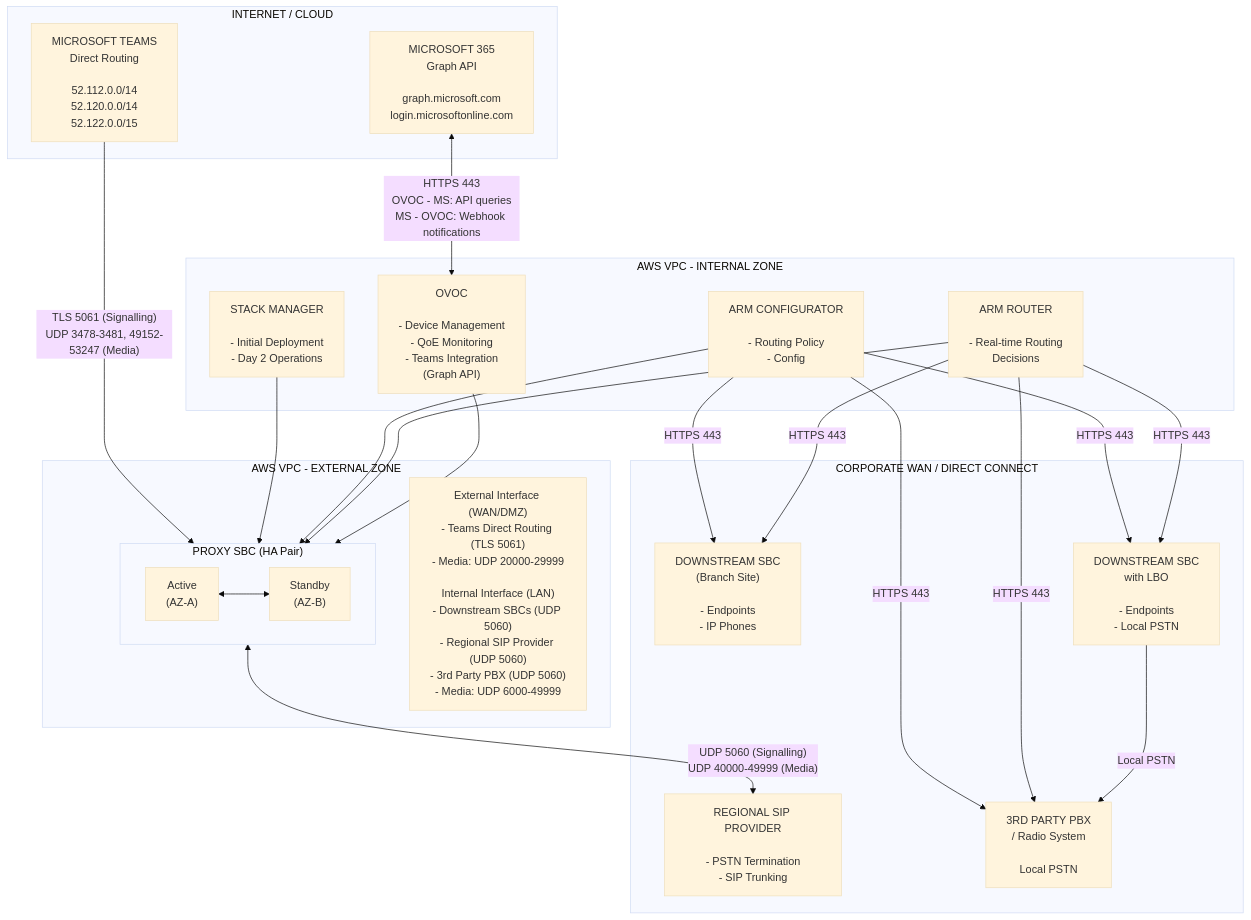
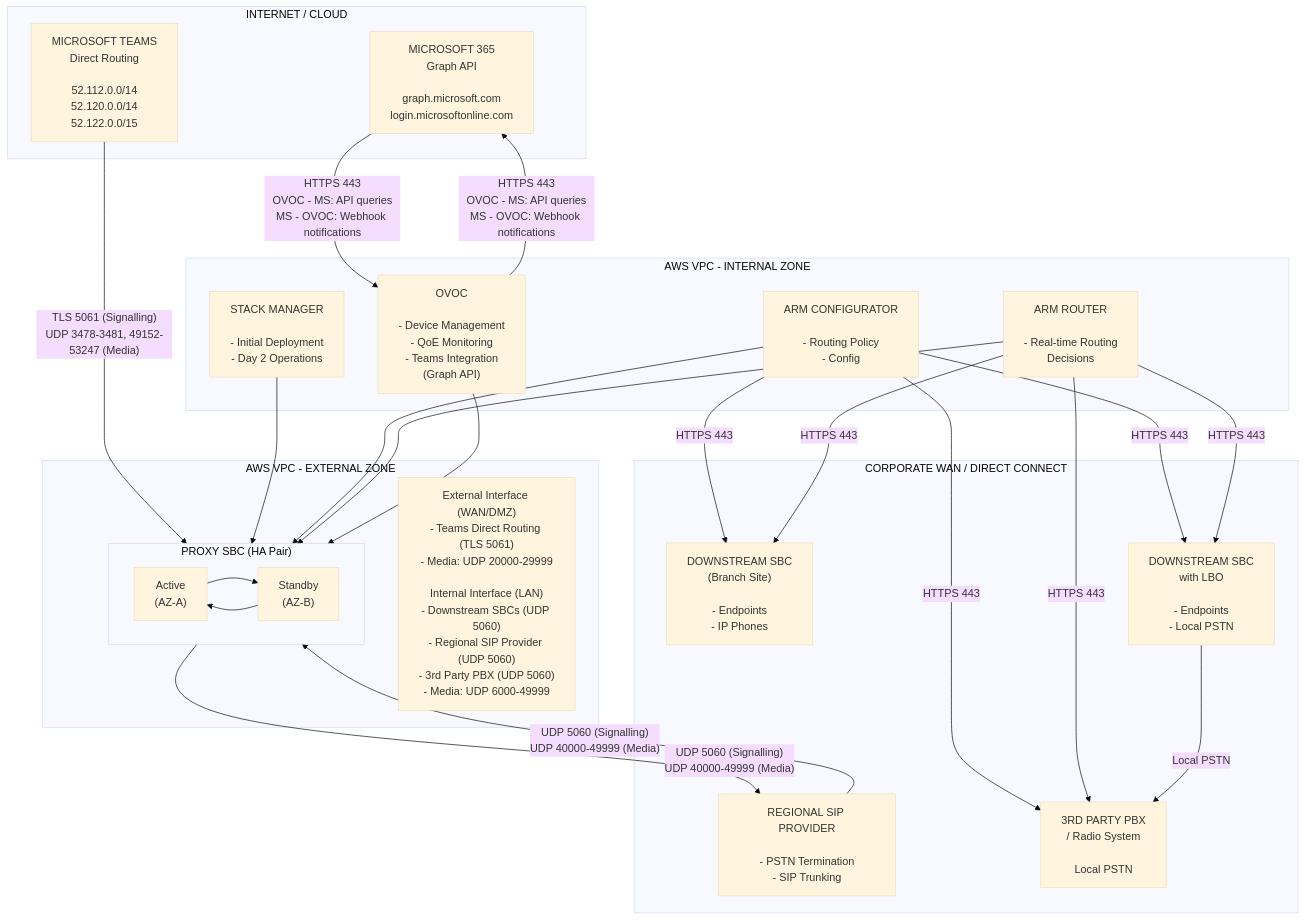
Diagram 12 of 26 in AudioCodes-AWS-Deployment-Guide.md (kevinsing999/public), drawn with Mermaid (base theme) before and after one commit. The commit also changed other lines of this file and 4 other files, not shown here.

First line of the commit message:
Fix GitHub mermaid rendering: replace unsupported syntax across 20 diagrams

````diff
--- a/AudioCodes-AWS-Deployment-Guide.md
+++ b/AudioCodes-AWS-Deployment-Guide.md
@@ -3290,49 +3295,52 @@
 ```mermaid
 flowchart TB
     subgraph Internet["INTERNET / CLOUD"]
         Teams["MICROSOFT TEAMS<br/>Direct Routing<br/><br/>52.112.0.0/14<br/>52.120.0.0/14<br/>52.122.0.0/15"]
         M365["MICROSOFT 365<br/>Graph API<br/><br/>graph.microsoft.com<br/>login.microsoftonline.com"]
     end
 
     subgraph ExternalZone["AWS VPC - EXTERNAL ZONE"]
         subgraph ProxySBC["PROXY SBC (HA Pair)"]
             Active["Active<br/>(AZ-A)"]
             Standby["Standby<br/>(AZ-B)"]
-            Active <--> Standby
+            Active --> Standby
+            Standby --> Active
         end
         ProxySBCInfo["External Interface (WAN/DMZ)<br/>- Teams Direct Routing (TLS 5061)<br/>- Media: UDP 20000-29999<br/><br/>Internal Interface (LAN)<br/>- Downstream SBCs (UDP 5060)<br/>- Regional SIP Provider (UDP 5060)<br/>- 3rd Party PBX (UDP 5060)<br/>- Media: UDP 6000-49999"]
     end
 
     subgraph InternalZone["AWS VPC - INTERNAL ZONE"]
         StackMgr["STACK MANAGER<br/><br/>- Initial Deployment<br/>- Day 2 Operations"]
         ARMConfig["ARM CONFIGURATOR<br/><br/>- Routing Policy<br/>- Config"]
         ARMRouter["ARM ROUTER<br/><br/>- Real-time Routing<br/>  Decisions"]
         OVOC["OVOC<br/><br/>- Device Management<br/>- QoE Monitoring<br/>- Teams Integration<br/>  (Graph API)"]
     end
 
     subgraph CorpWAN["CORPORATE WAN / DIRECT CONNECT"]
         SIPProvider["REGIONAL SIP PROVIDER<br/><br/>- PSTN Termination<br/>- SIP Trunking"]
         DownstreamSBC1["DOWNSTREAM SBC<br/>(Branch Site)<br/><br/>- Endpoints<br/>- IP Phones"]
         DownstreamSBC2["DOWNSTREAM SBC<br/>with LBO<br/><br/>- Endpoints<br/>- Local PSTN"]
         ThirdPartyPBX["3RD PARTY PBX<br/>/ Radio System<br/><br/>Local PSTN"]
     end
 
     Teams -->|"TLS 5061 (Signalling)<br/>UDP 3478-3481, 49152-53247 (Media)"| ProxySBC
-    M365 <-->|"HTTPS 443<br/>OVOC - MS: API queries<br/>MS - OVOC: Webhook notifications"| OVOC
+    M365 -->|"HTTPS 443<br/>OVOC - MS: API queries<br/>MS - OVOC: Webhook notifications"| OVOC
+    OVOC -->|"HTTPS 443<br/>OVOC - MS: API queries<br/>MS - OVOC: Webhook notifications"| M365
 
     StackMgr --> ProxySBC
     ARMConfig --> ProxySBC
     ARMRouter --> ProxySBC
     OVOC --> ProxySBC
 
-    ProxySBC <-->|"UDP 5060 (Signalling)<br/>UDP 40000-49999 (Media)"| SIPProvider
+    ProxySBC -->|"UDP 5060 (Signalling)<br/>UDP 40000-49999 (Media)"| SIPProvider
+    SIPProvider -->|"UDP 5060 (Signalling)<br/>UDP 40000-49999 (Media)"| ProxySBC
 
     ARMConfig -->|"HTTPS 443"| DownstreamSBC1
     ARMConfig -->|"HTTPS 443"| DownstreamSBC2
     ARMRouter -->|"HTTPS 443"| DownstreamSBC1
     ARMRouter -->|"HTTPS 443"| DownstreamSBC2
     ARMConfig -->|"HTTPS 443"| ThirdPartyPBX
     ARMRouter -->|"HTTPS 443"| ThirdPartyPBX
 
     DownstreamSBC2 -->|"Local PSTN"| ThirdPartyPBX
 ```
````
